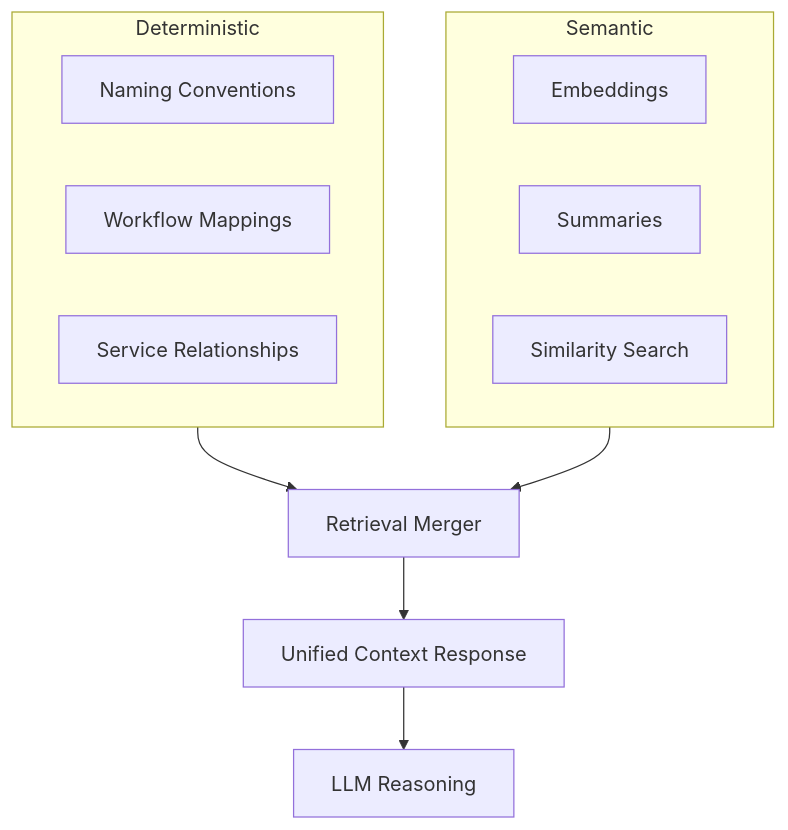
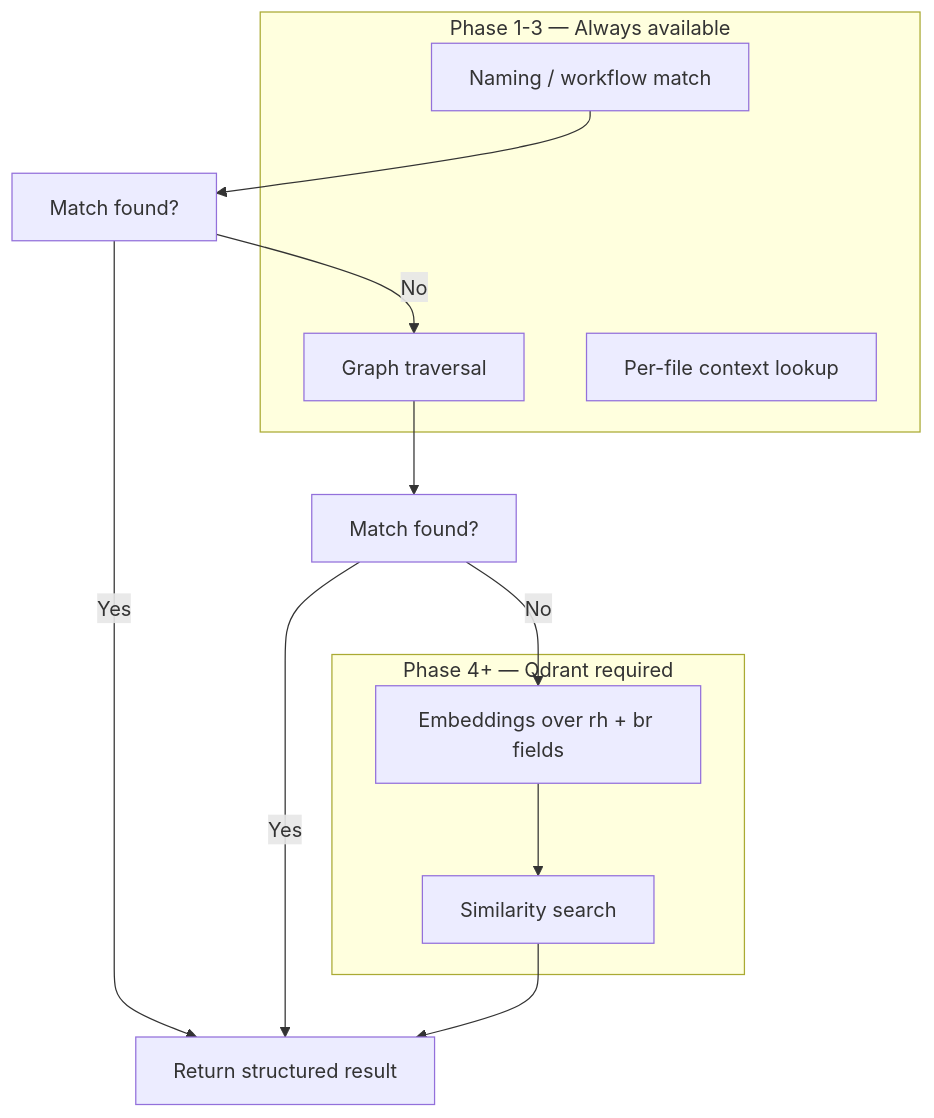
Before and after one commit to Onkar-Mane/enterprise-engineering-intelligence: the second of 5 diagrams in architecture/diagrams/system-architecture.md, drawn with Mermaid. The commit also changed other lines of this file, not shown here.

Commit message:
docs(diagrams): rewrite system architecture diagrams for Phase 1 + MCP architecture  Replace stale "Context Registry" diagrams with 5 accurate Mermaid diagrams covering the query flow, hybrid retrieval priority, scanner output, incremental indexing, and execution chain layer model

````diff
--- a/architecture/diagrams/system-architecture.md
+++ b/architecture/diagrams/system-architecture.md
@@ -19,19 +30,21 @@
 ```mermaid
 flowchart TD
-    subgraph Deterministic
-        D1[Naming Conventions]
-        D2[Workflow Mappings]
-        D3[Service Relationships]
+    subgraph "Phase 1-3 — Always available"
+        D1[Naming / workflow match]
+        D2[Graph traversal]
+        D3[Per-file context lookup]
     end
 
-    subgraph Semantic
-        S1[Embeddings]
-        S2[Summaries]
-        S3[Similarity Search]
+    subgraph "Phase 4+ — Qdrant required"
+        S1[Embeddings over rh + br fields]
+        S2[Similarity search]
     end
 
-    Deterministic --> M[Retrieval Merger]
-    Semantic --> M
-    M --> R[Unified Context Response]
-    R --> L[LLM Reasoning]
+    D1 --> M[Match found?]
+    M -->|Yes| R[Return structured result]
+    M -->|No| D2
+    D2 --> M2[Match found?]
+    M2 -->|Yes| R
+    M2 -->|No| S1
+    S1 --> S2 --> R
 ```
````
